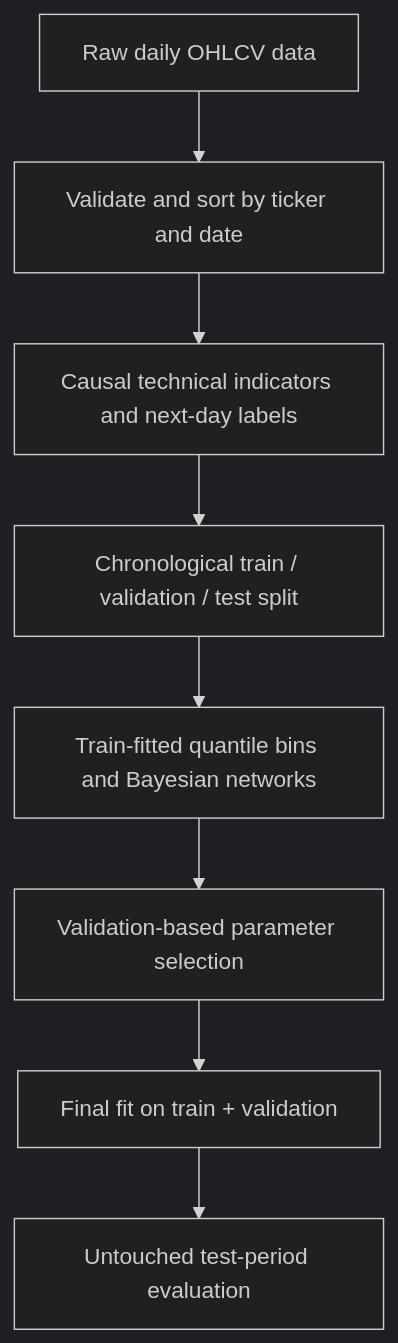
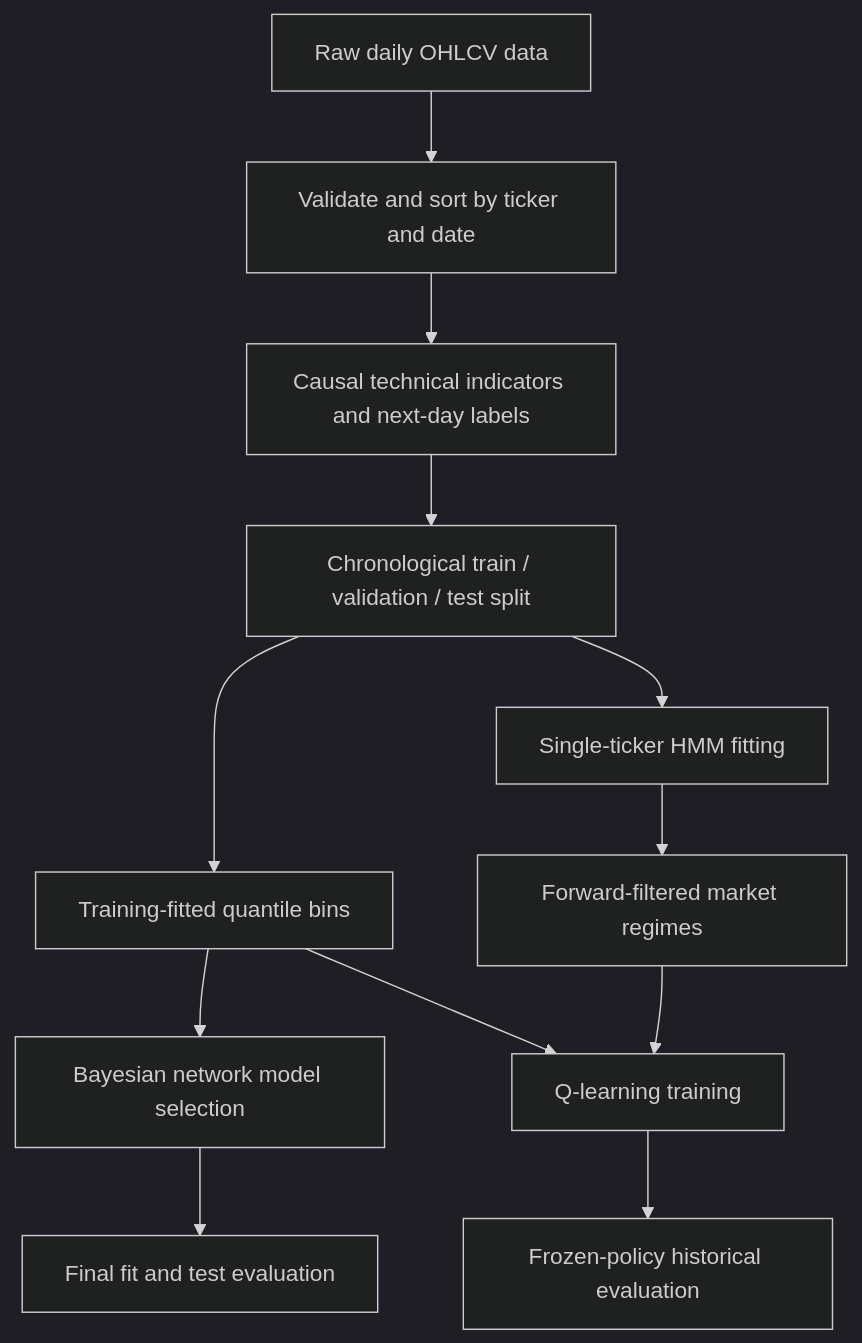
The diagram in README.md (ryanrowe2/StockTradingAI-Project), drawn with Mermaid (dark theme) before and after one commit. The commit also changed other lines of this file and 79 other files, not shown here.

````diff
--- a/README.md
+++ b/README.md
@@ -22,10 +22,14 @@
 ```mermaid
 flowchart TD
     A["Raw daily OHLCV data"] --> B["Validate and sort by ticker and date"]
     B --> C["Causal technical indicators and next-day labels"]
     C --> D["Chronological train / validation / test split"]
-    D --> E["Train-fitted quantile bins and Bayesian networks"]
-    E --> F["Validation-based parameter selection"]
-    F --> G["Final fit on train + validation"]
-    G --> H["Untouched test-period evaluation"]
+    D --> E["Training-fitted quantile bins"]
+    E --> F["Bayesian network model selection"]
+    F --> G["Final fit and test evaluation"]
+    D --> H["Single-ticker HMM fitting"]
+    H --> I["Forward-filtered market regimes"]
+    E --> J["Q-learning training"]
+    I --> J
+    J --> K["Frozen-policy historical evaluation"]
 ```
````
